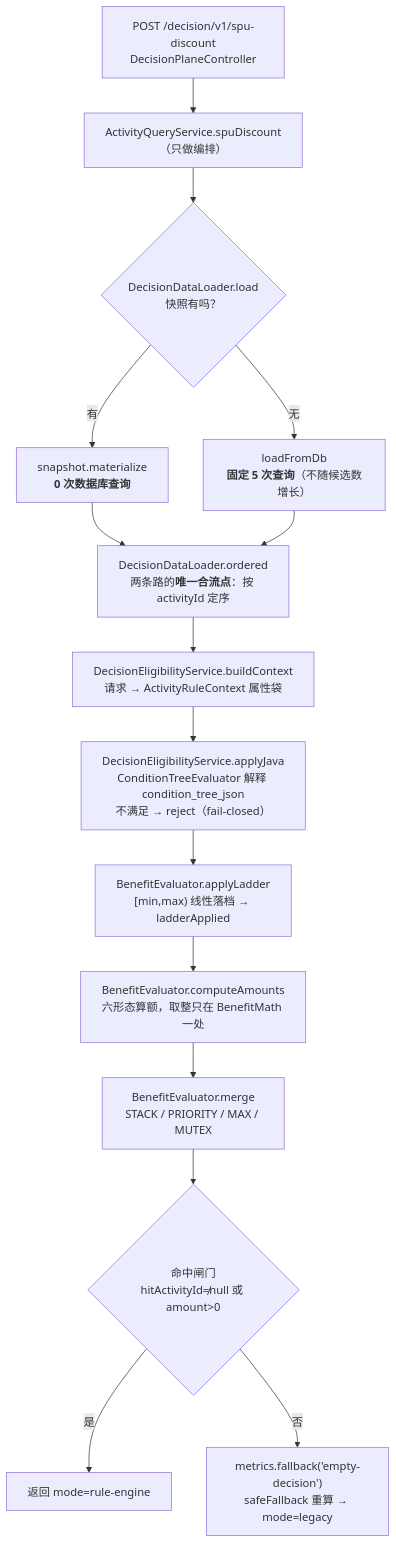
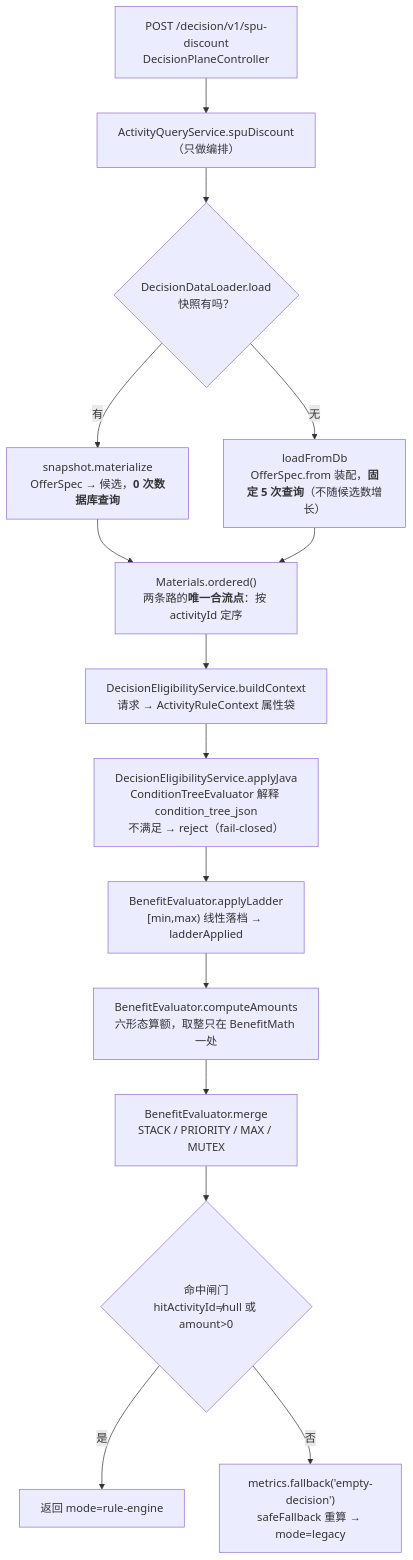
The first of 2 diagrams in docs/architecture.md (lirji/Drools_Project), drawn with Mermaid before and after one commit. The commit also changed other lines of this file and 6 other files, not shown here.

````diff
--- a/docs/architecture.md
+++ b/docs/architecture.md
@@ -87,17 +146,17 @@
 ```mermaid
 flowchart TD
     A["POST /decision/v1/spu-discount<br/>DecisionPlaneController"] --> B["ActivityQueryService.spuDiscount<br/>（只做编排）"]
     B --> C{"DecisionDataLoader.load<br/>快照有吗？"}
-    C -- 有 --> C1["snapshot.materialize<br/><b>0 次数据库查询</b>"]
-    C -- 无 --> C2["loadFromDb<br/><b>固定 5 次查询</b>（不随候选数增长）"]
-    C1 --> CO["DecisionDataLoader.ordered<br/>两条路的<b>唯一合流点</b>：按 activityId 定序"]
+    C -- 有 --> C1["snapshot.materialize<br/>OfferSpec → 候选，<b>0 次数据库查询</b>"]
+    C -- 无 --> C2["loadFromDb<br/>OfferSpec.from 装配，<b>固定 5 次查询</b>（不随候选数增长）"]
+    C1 --> CO["Materials.ordered()<br/>两条路的<b>唯一合流点</b>：按 activityId 定序"]
     C2 --> CO
     CO --> D["DecisionEligibilityService.buildContext<br/>请求 → ActivityRuleContext 属性袋"]
     D --> E["DecisionEligibilityService.applyJava<br/>ConditionTreeEvaluator 解释 condition_tree_json<br/>不满足 → reject（fail-closed）"]
     E --> F["BenefitEvaluator.applyLadder<br/>[min,max) 线性落档 → ladderApplied"]
     F --> G["BenefitEvaluator.computeAmounts<br/>六形态算额，取整只在 BenefitMath 一处"]
     G --> H["BenefitEvaluator.merge<br/>STACK / PRIORITY / MAX / MUTEX"]
     H --> I{"命中闸门<br/>hitActivityId≠null 或 amount>0"}
     I -- 是 --> J["返回 mode=rule-engine"]
     I -- 否 --> K["metrics.fallback('empty-decision')<br/>safeFallback 重算 → mode=legacy"]
 ```
````
